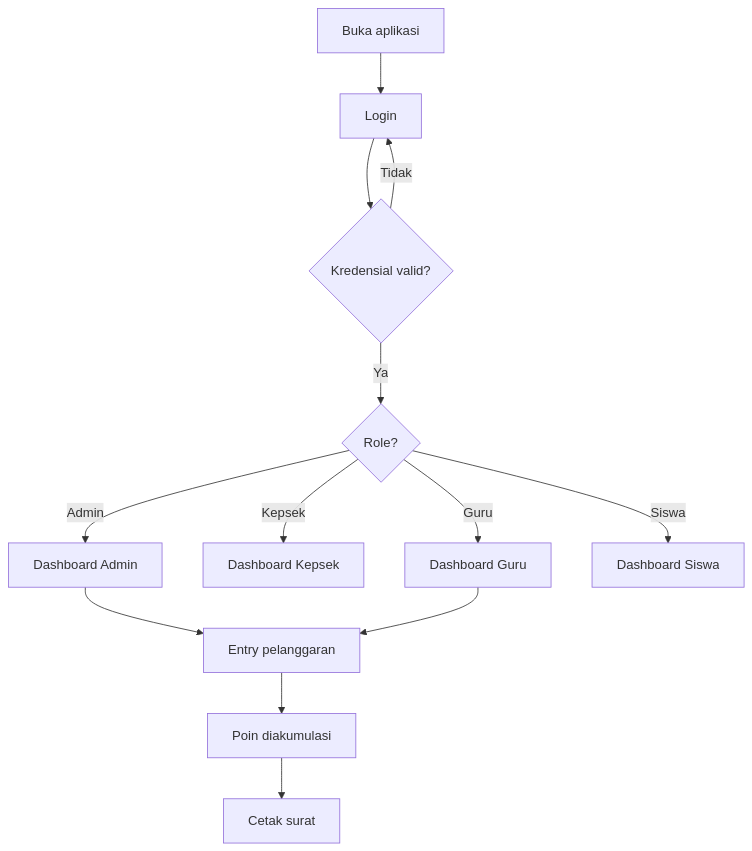
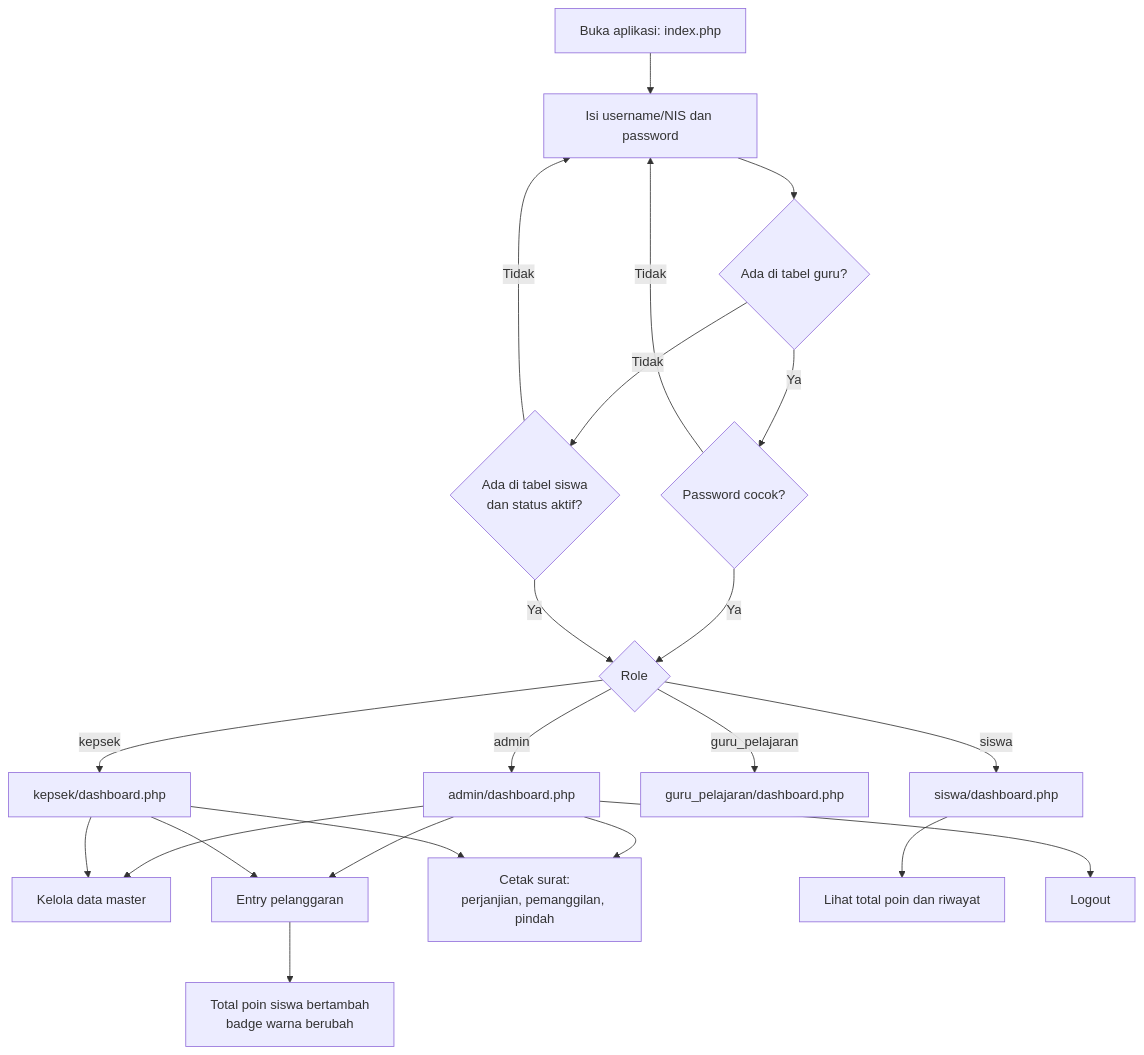
Before and after one commit to Debuggersunesa/sistem-pelanggaran-siswa: the second of 3 diagrams in README.md, drawn with Mermaid. The commit also changed other lines of this file, not shown here.

````diff
--- a/README.md
+++ b/README.md
@@ -58,15 +59,24 @@
 ```mermaid
 flowchart TD
-    A[Buka aplikasi] --> B[Login]
-    B --> C{Kredensial valid?}
-    C -->|Tidak| B
-    C -->|Ya| D{Role?}
-    D -->|Admin| E[Dashboard Admin]
-    D -->|Kepsek| F[Dashboard Kepsek]
-    D -->|Guru| G[Dashboard Guru]
-    D -->|Siswa| H[Dashboard Siswa]
-    E --> J[Entry pelanggaran]
-    G --> J
-    J --> K[Poin diakumulasi]
-    K --> L[Cetak surat]
+    A[Buka aplikasi: index.php] --> B[Isi username/NIS dan password]
+    B --> C{Ada di tabel guru?}
+    C -->|Ya| D{Password cocok?}
+    C -->|Tidak| E{Ada di tabel siswa<br/>dan status aktif?}
+    D -->|Tidak| B
+    E -->|Tidak| B
+    D -->|Ya| F{Role}
+    E -->|Ya| F
+    F -->|admin| G[admin/dashboard.php]
+    F -->|kepsek| H[kepsek/dashboard.php]
+    F -->|guru_pelajaran| I[guru_pelajaran/dashboard.php]
+    F -->|siswa| J[siswa/dashboard.php]
+    G --> K[Kelola data master]
+    G --> L[Entry pelanggaran]
+    H --> K
+    H --> L
+    L --> M[Total poin siswa bertambah<br/>badge warna berubah]
+    G --> N[Cetak surat:<br/>perjanjian, pemanggilan, pindah]
+    H --> N
+    J --> O[Lihat total poin dan riwayat]
+    G --> P[Logout]
 ```
````
